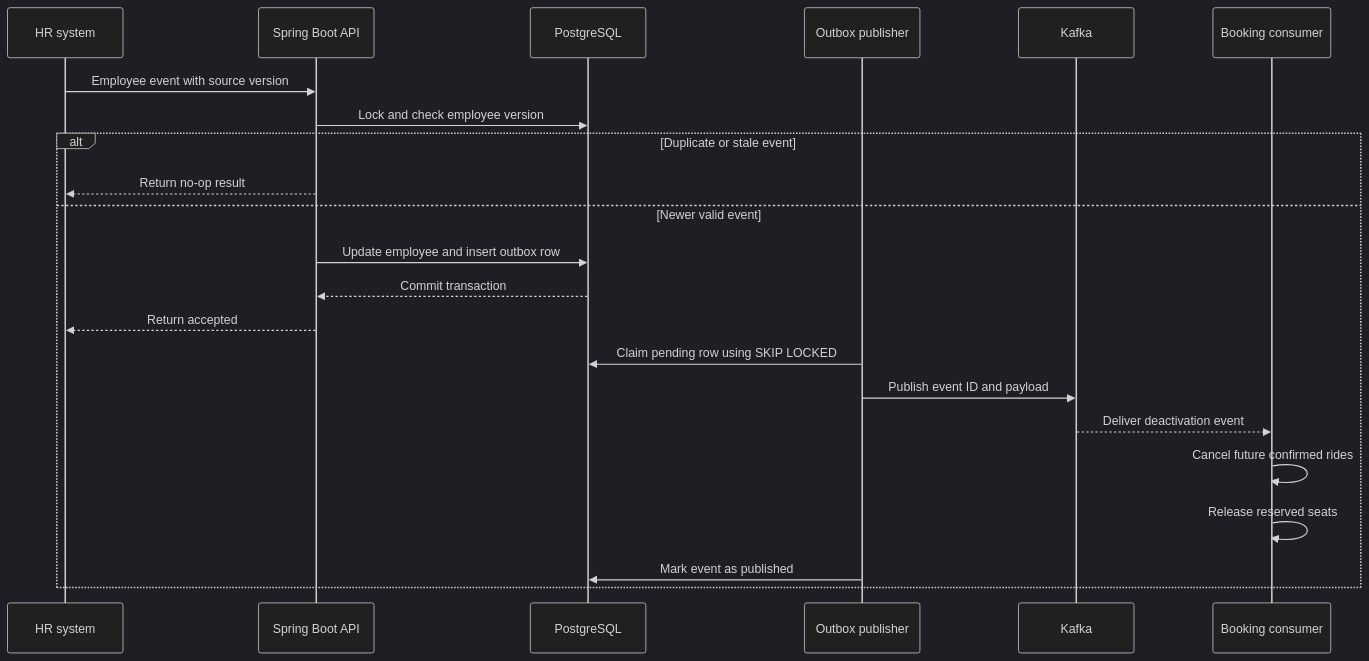
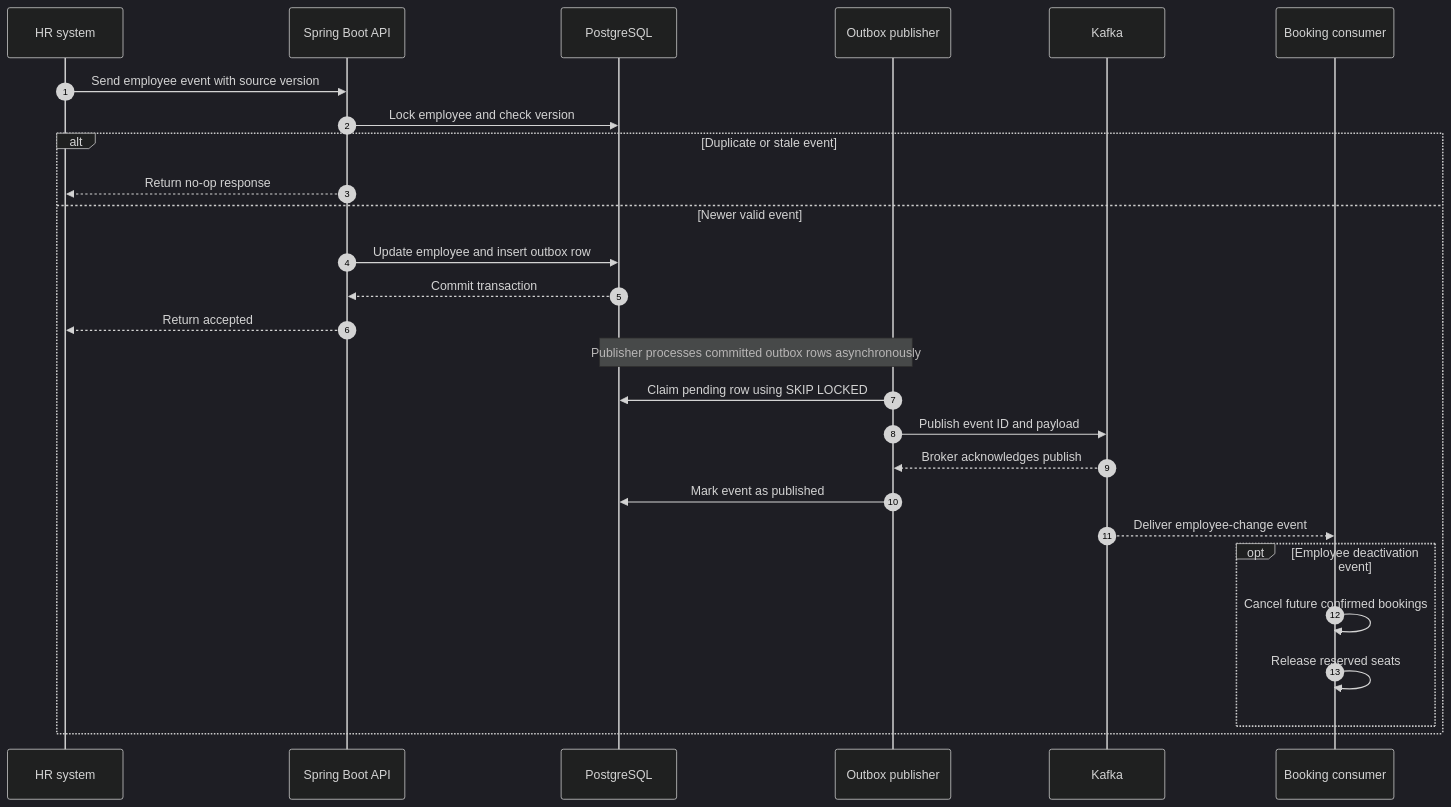
Before and after one commit to swetak0911/hr-roster-sync: the second of 2 diagrams in docs/DESIGN.md, drawn with Mermaid (dark theme). The commit also changed other lines of this file, not shown here.

Commit message:
Polish design note sequence diagram and remove repeated limitation

```diff
--- a/docs/DESIGN.md
+++ b/docs/DESIGN.md
@@ -78,27 +78,33 @@
 ~~~mermaid
 sequenceDiagram
+    autonumber
     participant HR as HR system
     participant API as Spring Boot API
     participant DB as PostgreSQL
     participant P as Outbox publisher
     participant K as Kafka
     participant B as Booking consumer
 
-    HR->>API: Employee event with source version
-    API->>DB: Lock and check employee version
+    HR->>API: Send employee event with source version
+    API->>DB: Lock employee and check version
 
     alt Duplicate or stale event
-        API-->>HR: Return no-op result
+        API-->>HR: Return no-op response
     else Newer valid event
         API->>DB: Update employee and insert outbox row
         DB-->>API: Commit transaction
         API-->>HR: Return accepted
 
+        Note over P,DB: Publisher processes committed outbox rows asynchronously
         P->>DB: Claim pending row using SKIP LOCKED
         P->>K: Publish event ID and payload
-        K-->>B: Deliver deactivation event
-        B->>B: Cancel future confirmed rides
-        B->>B: Release reserved seats
+        K-->>P: Broker acknowledges publish
         P->>DB: Mark event as published
+        K-->>B: Deliver employee-change event
+
+        opt Employee deactivation event
+            B->>B: Cancel future confirmed bookings
+            B->>B: Release reserved seats
+        end
     end
 ~~~
```
